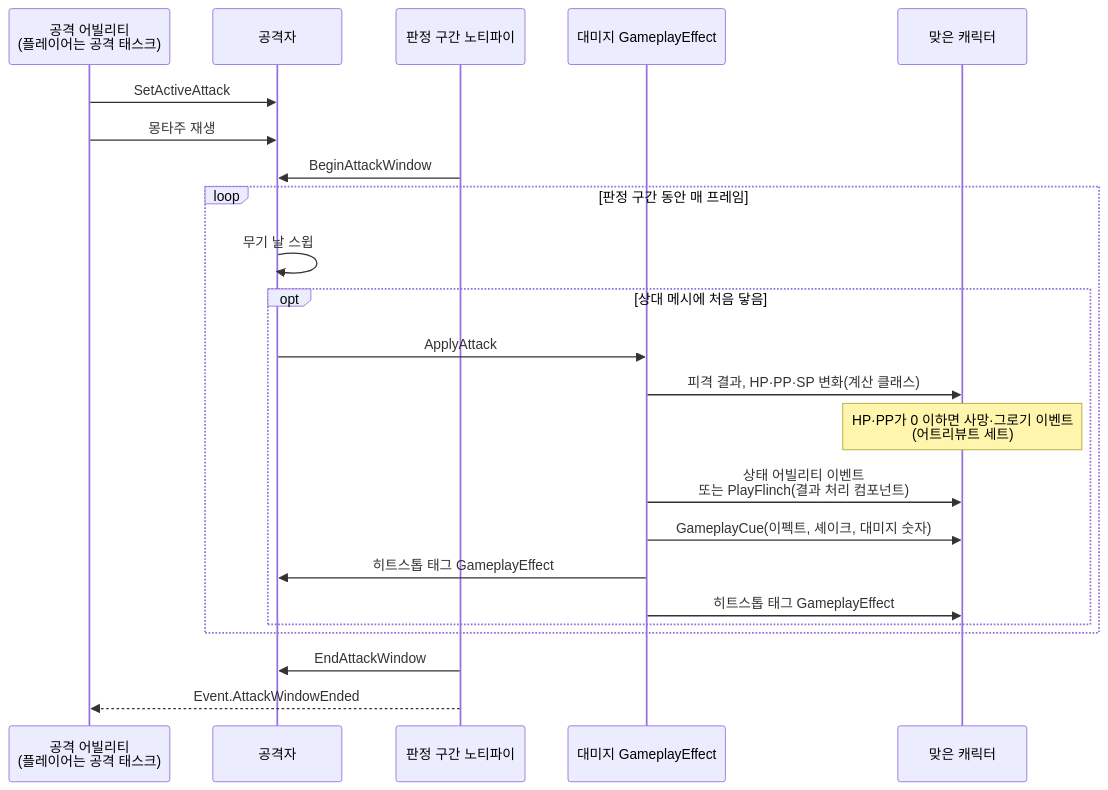
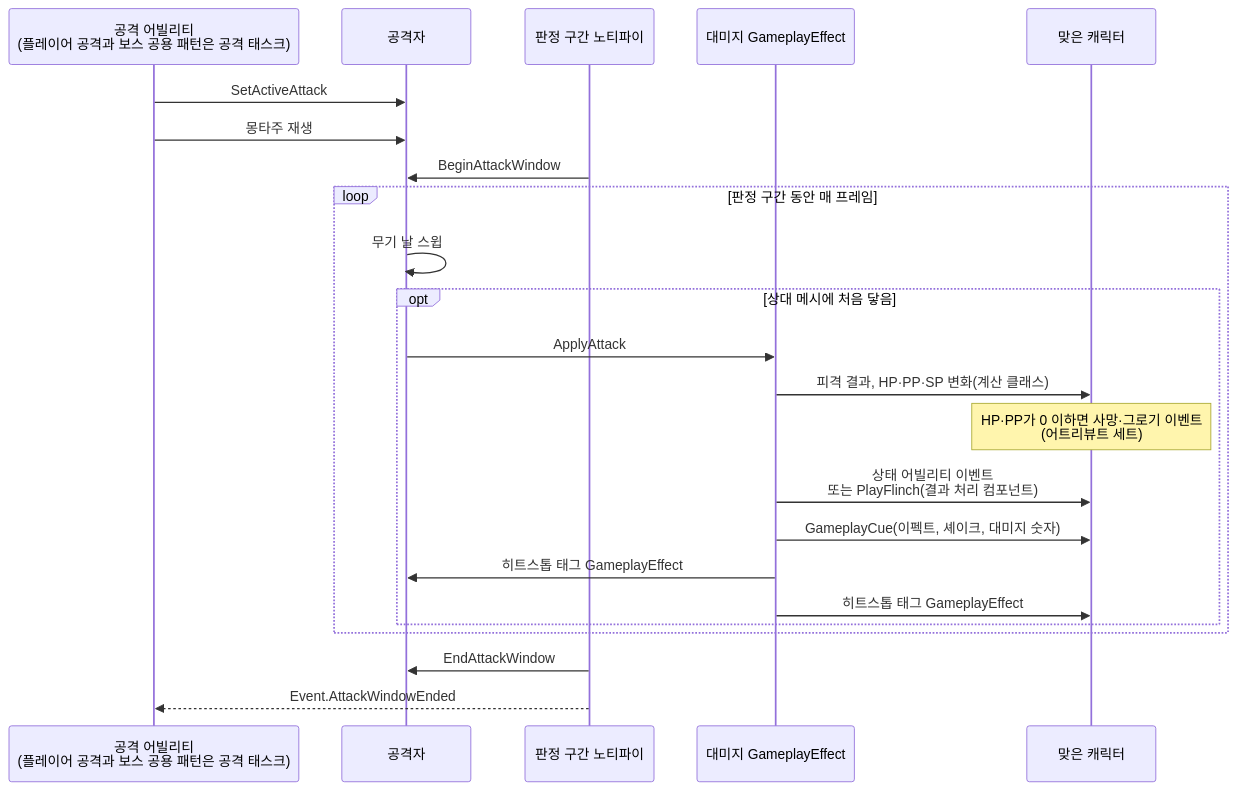
Diagram 19 of 21 in Docs/Program/클래스 구조도.md (Woogl/Ag), drawn with Mermaid before and after one commit. The commit also changed other lines of this file and 19 other files, not shown here.

Commit message:
구현: 공격 태스크 통합, 보스 패턴은 모션 끝에 종료

````diff
--- a/Docs/Program/클래스 구조도.md
+++ b/Docs/Program/클래스 구조도.md
@@ -701,25 +701,25 @@
 ```mermaid
 sequenceDiagram
-    participant GA as 공격 어빌리티<br>(플레이어는 공격 태스크)
+    participant GA as 공격 어빌리티<br>(플레이어 공격과 보스 공용 패턴은 공격 태스크)
     participant A as 공격자
     participant N as 판정 구간 노티파이
     participant G as 대미지 GameplayEffect
     participant T as 맞은 캐릭터
     GA->>A: SetActiveAttack
     GA->>A: 몽타주 재생
     N->>A: BeginAttackWindow
     loop 판정 구간 동안 매 프레임
         A->>A: 무기 날 스윕
         opt 상대 메시에 처음 닿음
             A->>G: ApplyAttack
             G->>T: 피격 결과, HP·PP·SP 변화(계산 클래스)
             Note over T: HP·PP가 0 이하면 사망·그로기 이벤트<br>(어트리뷰트 세트)
             G->>T: 상태 어빌리티 이벤트<br>또는 PlayFlinch(결과 처리 컴포넌트)
             G->>T: GameplayCue(이펙트, 셰이크, 대미지 숫자)
             G->>A: 히트스톱 태그 GameplayEffect
             G->>T: 히트스톱 태그 GameplayEffect
         end
     end
     N->>A: EndAttackWindow
     N-->>GA: Event.AttackWindowEnded
 ```
````
